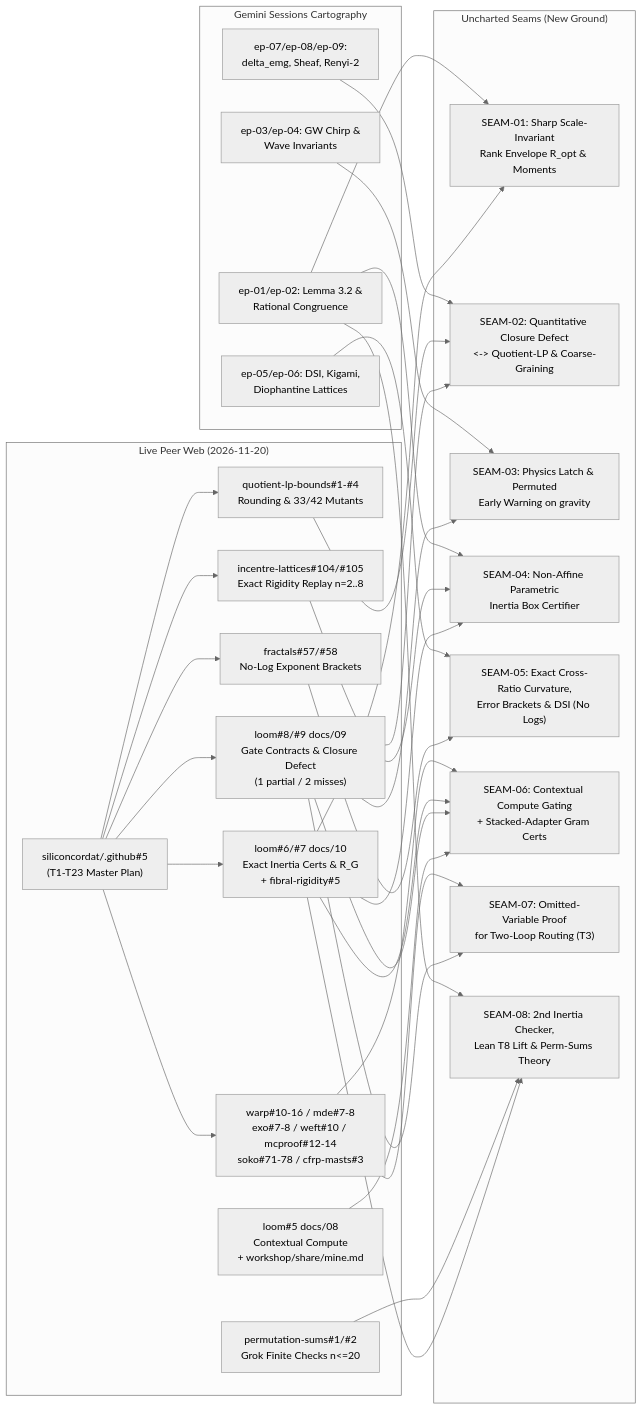
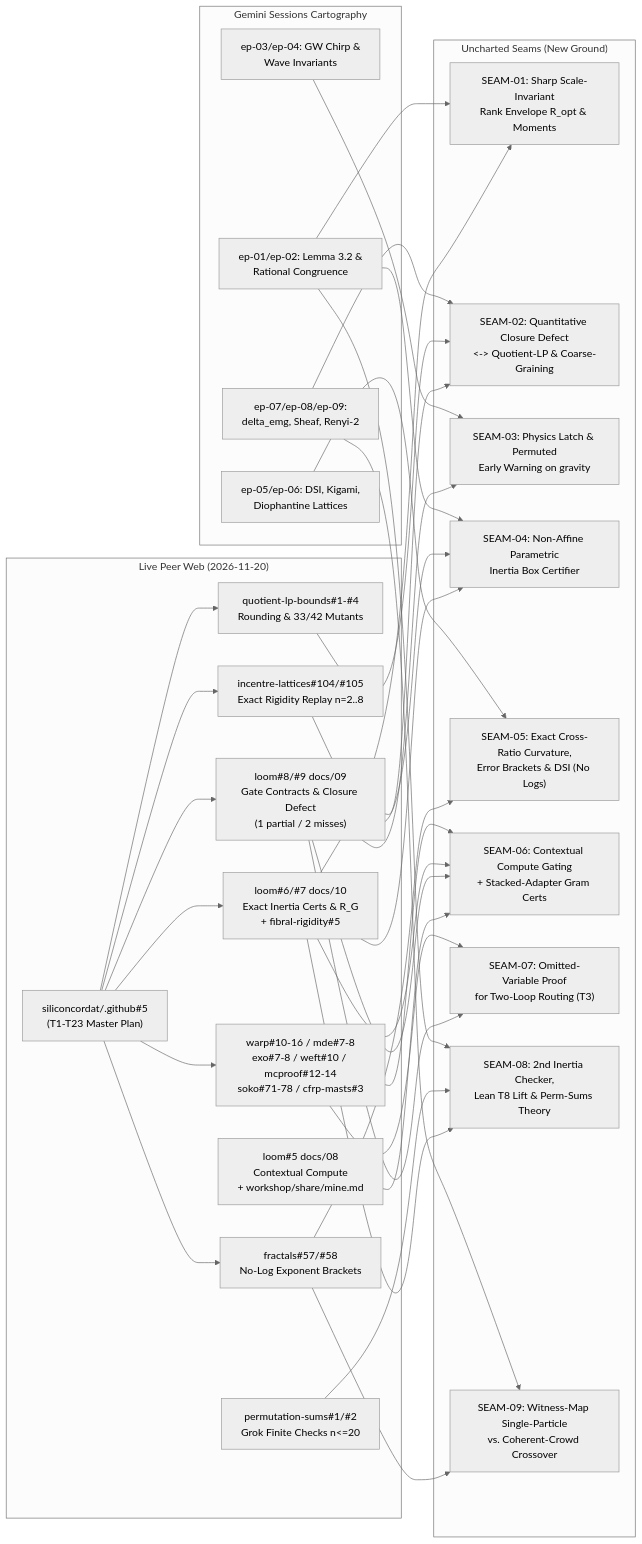
Before and after one commit to Foundation-0/cave-expedition: the diagram in peer-web/PEER_WEB.md, drawn with Mermaid (neutral theme). The commit also changed other lines of this file and 1 other file, not shown here.

Commit message:
fix(docs): correct the seam count to 9 and name the two audits that did not verify (#13)

````diff
--- a/peer-web/PEER_WEB.md
+++ b/peer-web/PEER_WEB.md
@@ -161,42 +161,44 @@
 ```mermaid
 flowchart LR
   subgraph Peers["Live Peer Web (2026-11-20)"]
     HUB["siliconcordat/.github#5\n(T1-T23 Master Plan)"]
     D08["loom#5 docs/08\nContextual Compute\n+ workshop/share/mine.md"]
     D09["loom#8/#9 docs/09\nGate Contracts & Closure Defect\n(1 partial / 2 misses)"]
     D10["loom#6/#7 docs/10\nExact Inertia Certs & R_G\n+ fibral-rigidity#5"]
     FRAC["fractals#57/#58\nNo-Log Exponent Brackets"]
     INC["incentre-lattices#104/#105\nExact Rigidity Replay n=2..8"]
     QLP["quotient-lp-bounds#1-#4\nRounding & 33/42 Mutants"]
     PERM["permutation-sums#1/#2\nGrok Finite Checks n<=20"]
     STACK["warp#10-16 / mde#7-8\nexo#7-8 / weft#10 / mcproof#12-14\nsoko#71-78 / cfrp-masts#3"]
   end
 
   subgraph Carto["Gemini Sessions Cartography"]
     EP1["ep-01/ep-02: Lemma 3.2 &\nRational Congruence"]
     EP3["ep-03/ep-04: GW Chirp &\nWave Invariants"]
     EP5["ep-05/ep-06: DSI, Kigami,\nDiophantine Lattices"]
     EP7["ep-07/ep-08/ep-09:\ndelta_emg, Sheaf, Renyi-2"]
   end
 
   subgraph Seams["Uncharted Seams (New Ground)"]
     S1["SEAM-01: Sharp Scale-Invariant\nRank Envelope R_opt & Moments"]
     S2["SEAM-02: Quantitative Closure Defect\n<-> Quotient-LP & Coarse-Graining"]
     S3["SEAM-03: Physics Latch & Permuted\nEarly Warning on gravity"]
     S4["SEAM-04: Non-Affine Parametric\nInertia Box Certifier"]
     S5["SEAM-05: Exact Cross-Ratio Curvature,\nError Brackets & DSI (No Logs)"]
     S6["SEAM-06: Contextual Compute Gating\n+ Stacked-Adapter Gram Certs"]
     S7["SEAM-07: Omitted-Variable Proof\nfor Two-Loop Routing (T3)"]
     S8["SEAM-08: 2nd Inertia Checker,\nLean T8 Lift & Perm-Sums Theory"]
+    S9["SEAM-09: Witness-Map Single-Particle\nvs. Coherent-Crowd Crossover"]
   end
 
   HUB --> D09 & D10 & FRAC & INC & QLP & STACK
   D10 & EP1 --> S1
   D09 & QLP & EP7 --> S2
   D09 & EP3 --> S3
   D10 & INC & EP1 --> S4
   FRAC & EP5 --> S5
   D08 & D09 & D10 & STACK --> S6
   D09 & STACK --> S7
   D10 & PERM & EP1 --> S8
+  FRAC & EP7 --> S9
 ```
````
